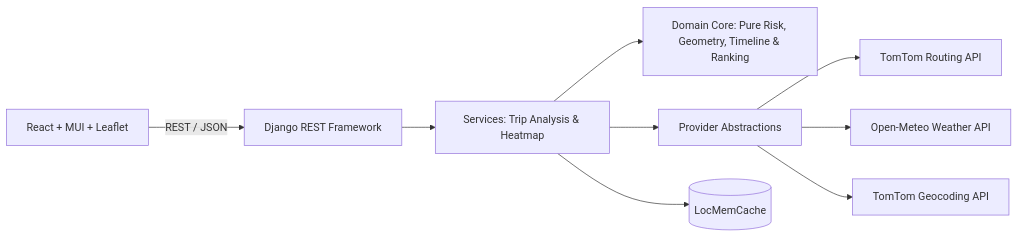
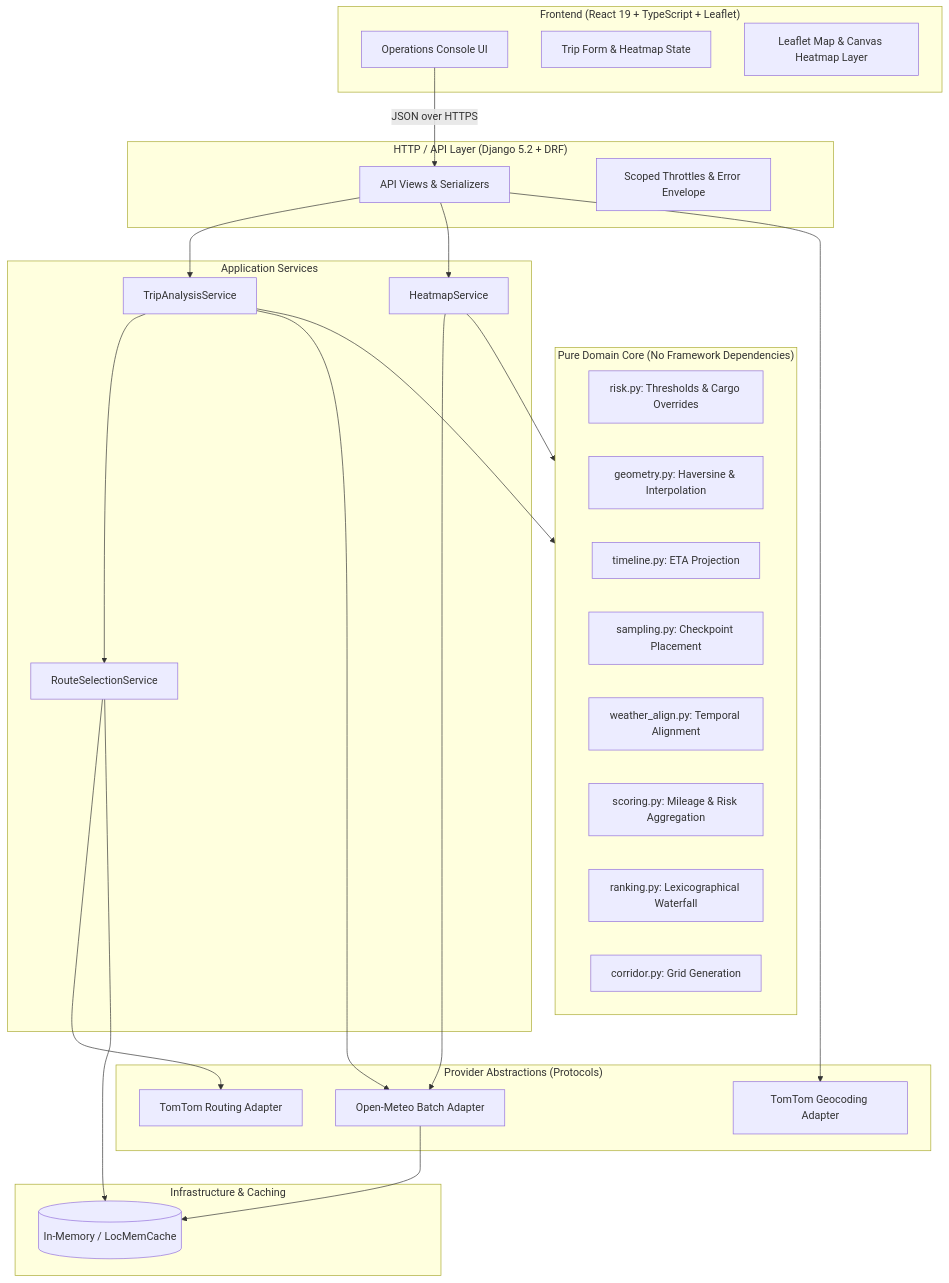
Before and after one commit to Aayush10530/Haulcast: the diagram in README.md, drawn with Mermaid. The commit also changed other lines of this file and 1 other file, not shown here.

Commit message:
docs(readme): expand technical documentation, architecture specifications, and api reference

````diff
--- a/README.md
+++ b/README.md
@@ -27,11 +50,53 @@
 ```mermaid
-flowchart LR
-  UI[React + MUI + Leaflet] -->|REST / JSON| API[Django REST Framework]
-  API --> SVC[Services: Trip Analysis & Heatmap]
-  SVC --> DOM[Domain Core: Pure Risk, Geometry, Timeline & Ranking]
-  SVC --> PRV[Provider Abstractions]
-  PRV --> RT[TomTom Routing API]
-  PRV --> WX[Open-Meteo Weather API]
-  PRV --> GC[TomTom Geocoding API]
-  SVC --> CACHE[(LocMemCache)]
+flowchart TD
+    subgraph Frontend ["Frontend (React 19 + TypeScript + Leaflet)"]
+        UI[Operations Console UI]
+        State[Trip Form & Heatmap State]
+        Map[Leaflet Map & Canvas Heatmap Layer]
+    end
+
+    subgraph API ["HTTP / API Layer (Django 5.2 + DRF)"]
+        Views[API Views & Serializers]
+        Throttling[Scoped Throttles & Error Envelope]
+    end
+
+    subgraph Services ["Application Services"]
+        TripSvc[TripAnalysisService]
+        RouteSvc[RouteSelectionService]
+        HeatmapSvc[HeatmapService]
+    end
+
+    subgraph Domain ["Pure Domain Core (No Framework Dependencies)"]
+        RiskRules[risk.py: Thresholds & Cargo Overrides]
+        Geom[geometry.py: Haversine & Interpolation]
+        Timeline[timeline.py: ETA Projection]
+        Sampling[sampling.py: Checkpoint Placement]
+        WeatherAlign[weather_align.py: Temporal Alignment]
+        Scoring[scoring.py: Mileage & Risk Aggregation]
+        Ranking[ranking.py: Lexicographical Waterfall]
+        Corridor[corridor.py: Grid Generation]
+    end
+
+    subgraph Providers ["Provider Abstractions (Protocols)"]
+        RoutingProv["TomTom Routing Adapter"]
+        GeocodeProv["TomTom Geocoding Adapter"]
+        WeatherProv["Open-Meteo Batch Adapter"]
+    end
+
+    subgraph Infrastructure ["Infrastructure & Caching"]
+        Cache[(In-Memory / LocMemCache)]
+    end
+
+    UI -->|JSON over HTTPS| Views
+    Views --> TripSvc
+    Views --> HeatmapSvc
+    TripSvc --> RouteSvc
+    TripSvc --> Domain
+    HeatmapSvc --> Domain
+    RouteSvc --> RoutingProv
+    TripSvc --> WeatherProv
+    HeatmapSvc --> WeatherProv
+    RouteSvc --> Cache
+    WeatherProv --> Cache
+    Views --> GeocodeProv
 ```
````
